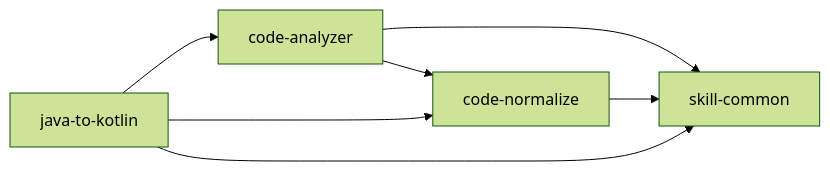
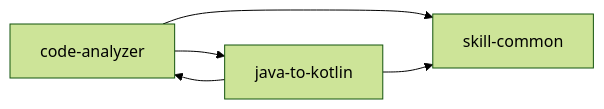
The diagram in SKILLS_CATALOG.md (xjxlx/codex-skills), drawn with Mermaid (forest theme) before and after one commit. The commit also changed other lines of this file and 13 other files, not shown here.

````diff
--- a/SKILLS_CATALOG.md
+++ b/SKILLS_CATALOG.md
@@ -18,9 +17,7 @@
 ```mermaid
 graph LR
-  code-analyzer --> code-normalize
+  code-analyzer --> java-to-kotlin
   code-analyzer --> skill-common
-  code-normalize --> skill-common
   java-to-kotlin --> code-analyzer
-  java-to-kotlin --> code-normalize
   java-to-kotlin --> skill-common
 ```
````
